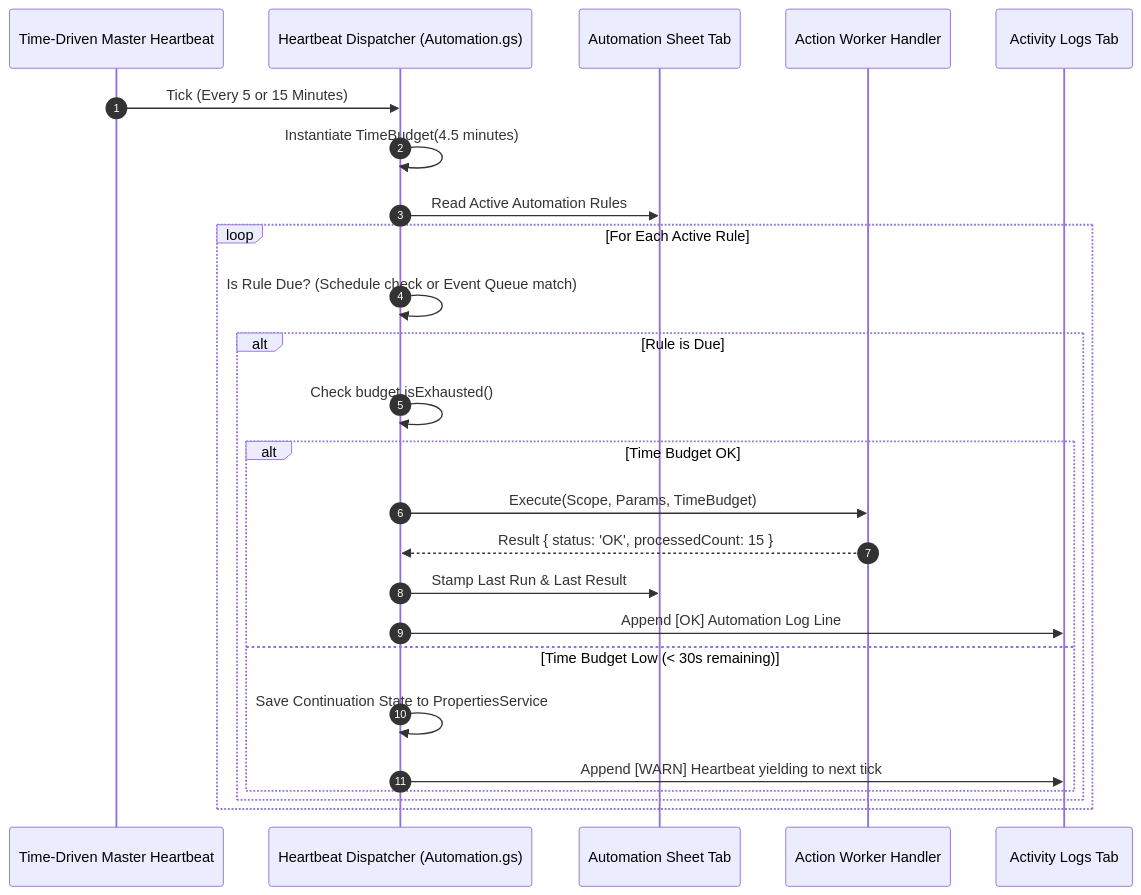
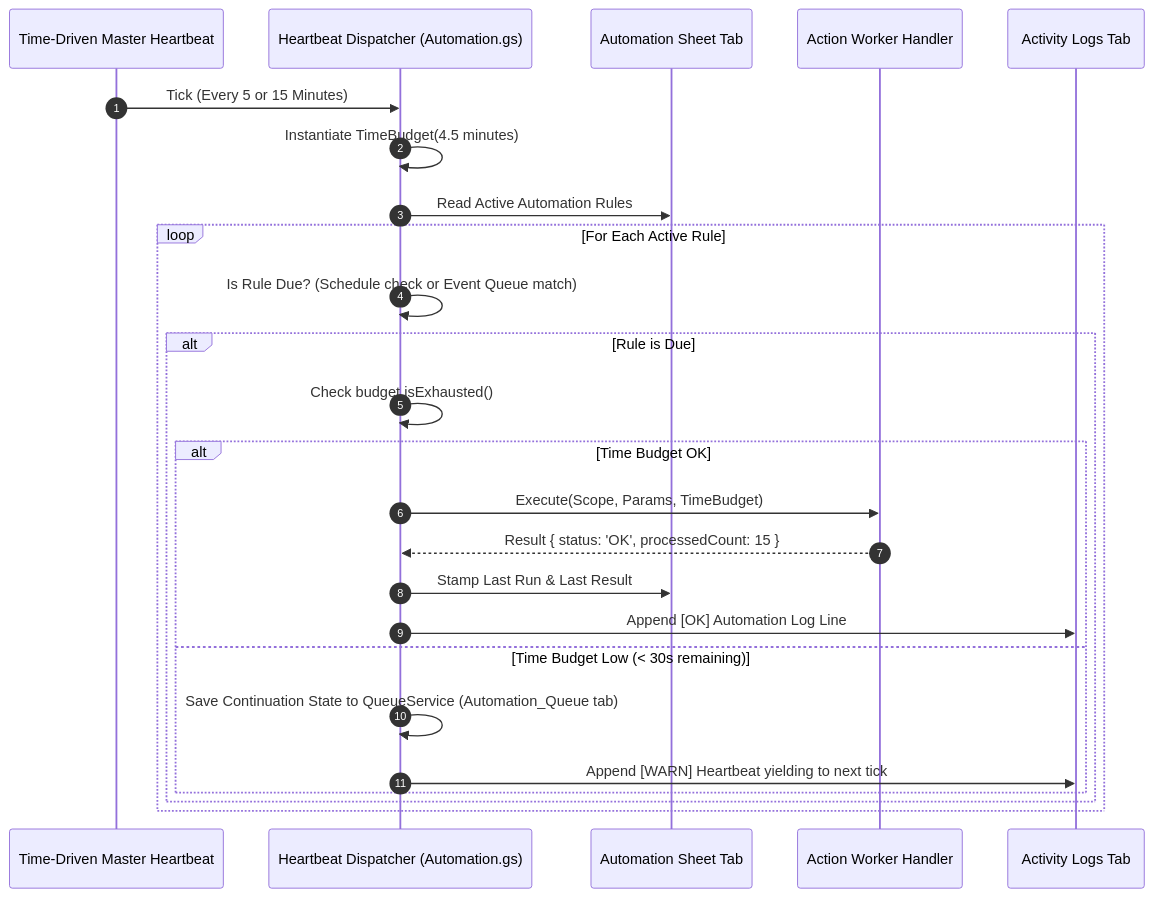
Before and after one commit to rohitashs/ParaFlightLog_dist: the diagram in Docs/Design/DSGN-AUT-001_Table_Driven_Automation_Engine.md, drawn with Mermaid. The commit also changed other lines of this file and 5 other files, not shown here.

````diff
--- a/Docs/Design/DSGN-AUT-001_Table_Driven_Automation_Engine.md
+++ b/Docs/Design/DSGN-AUT-001_Table_Driven_Automation_Engine.md
@@ -330,29 +330,29 @@
 ```mermaid
 sequenceDiagram
     autonumber
     participant Trigger as Time-Driven Master Heartbeat
     participant Dispatcher as Heartbeat Dispatcher (Automation.gs)
     participant Sheet as Automation Sheet Tab
     participant Action as Action Worker Handler
     participant Log as Activity Logs Tab
     
     Trigger->>Dispatcher: Tick (Every 5 or 15 Minutes)
     Dispatcher->>Dispatcher: Instantiate TimeBudget(4.5 minutes)
     Dispatcher->>Sheet: Read Active Automation Rules
     
     loop For Each Active Rule
         Dispatcher->>Dispatcher: Is Rule Due? (Schedule check or Event Queue match)
         alt Rule is Due
             Dispatcher->>Dispatcher: Check budget.isExhausted()
             alt Time Budget OK
                 Dispatcher->>Action: Execute(Scope, Params, TimeBudget)
                 Action-->>Dispatcher: Result { status: 'OK', processedCount: 15 }
                 Dispatcher->>Sheet: Stamp Last Run & Last Result
                 Dispatcher->>Log: Append [OK] Automation Log Line
             else Time Budget Low (< 30s remaining)
-                Dispatcher->>Dispatcher: Save Continuation State to PropertiesService
+                Dispatcher->>Dispatcher: Save Continuation State to QueueService (Automation_Queue tab)
                 Dispatcher->>Log: Append [WARN] Heartbeat yielding to next tick
             end
         end
     end
 ```
````
